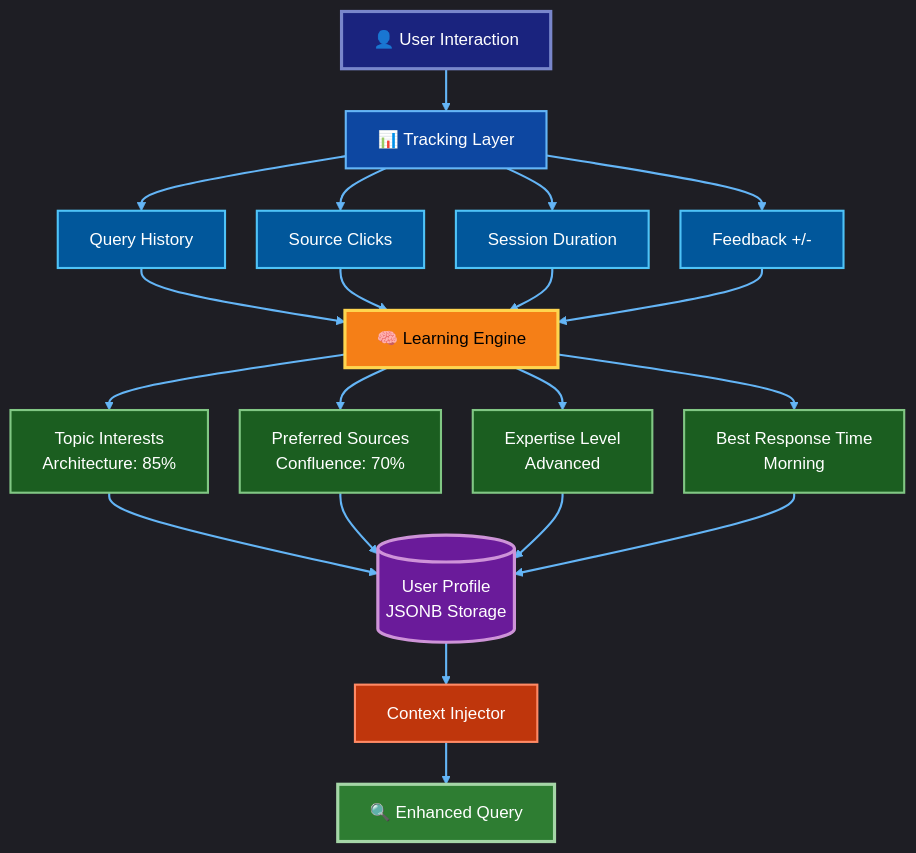
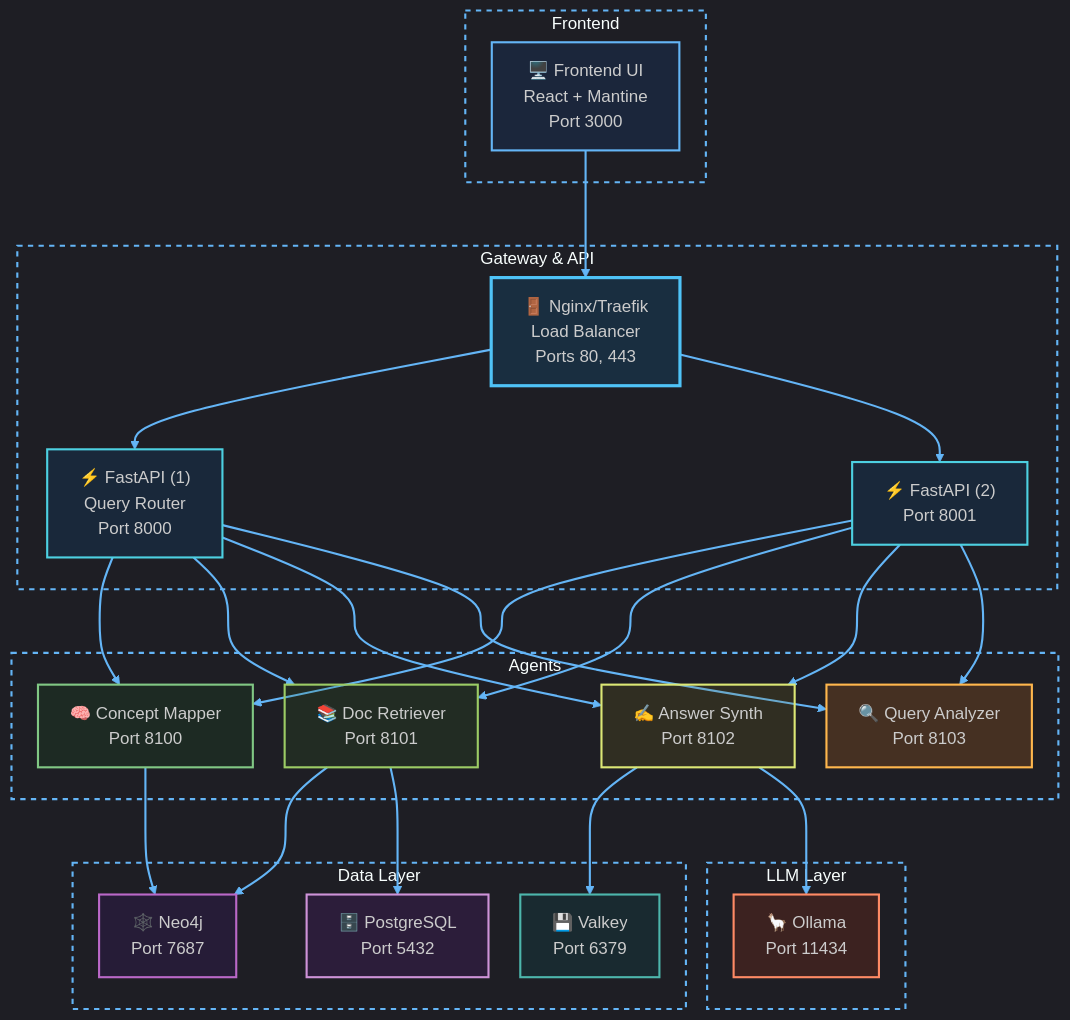
Before and after one commit to veics/rage_pitch: diagram 16 of 24 in docs/ARCHITECTURE.md, drawn with Mermaid. The commit also changed other lines of this file and 8 other files, not shown here.

````diff
--- a/docs/ARCHITECTURE.md
+++ b/docs/ARCHITECTURE.md
@@ -989,43 +887,74 @@
 ```mermaid
-%%{init: {'theme':'dark', 'flowchart': {'nodeSpacing': 30, 'rankSpacing': 40, 'curve': 'basis'}}}%%
-flowchart TD
-    USER[👤 User Interaction]
+%%{init: {'theme':'dark', 'flowchart': {'nodeSpacing': 30, 'rankSpacing': 60, 'curve': 'basis'}, 'themeVariables': {'labelBackground':'rgba(38, 50, 56, 0.1)'}}}%%
+graph TB
+    %% Title: Complete Container Architecture
     
-    TRACK[📊 Tracking Layer]
-    USER --> TRACK
+    subgraph Box1["Frontend"]
+        UI["🖥️ Frontend UI<br/>React + Mantine<br/>Port 3000"]
+    end
     
-    TRACK --> T1[Query History]
-    TRACK --> T2[Source Clicks]
-    TRACK --> T3[Session Duration]
-    TRACK --> T4[Feedback +/-]
+    subgraph Box2["Gateway & API"]
+        NGINX["🚪 Nginx/Traefik<br/>Load Balancer<br/>Ports 80, 443"]
+        API1["⚡ FastAPI (1)<br/>Query Router<br/>Port 8000"]
+        API2["⚡ FastAPI (2)<br/>Port 8001"]
+    end
     
-    T1 & T2 & T3 & T4 --> LEARN[🧠 Learning Engine]
+    subgraph Box3["Agents"]
+        CM["🧠 Concept Mapper<br/>Port 8100"]
+        DR["📚 Doc Retriever<br/>Port 8101"]
+        AS["✍️ Answer Synth<br/>Port 8102"]
+        QA["🔍 Query Analyzer<br/>Port 8103"]
+    end
     
-    LEARN --> P1[Topic Interests<br/>Architecture: 85%]
-    LEARN --> P2[Preferred Sources<br/>Confluence: 70%]
-    LEARN --> P3[Expertise Level<br/>Advanced]
-    LEARN --> P4[Best Response Time<br/>Morning]
+    subgraph Box4["Data Layer"]
+        PG["🗄️ PostgreSQL<br/>Port 5432"]
+        NEO["🕸️ Neo4j<br/>Port 7687"]
+        CACHE["💾 Valkey<br/>Port 6379"]
+    end
     
-    P1 & P2 & P3 & P4 --> PROFILE[(User Profile<br/>JSONB Storage)]
+    subgraph Box5["LLM Layer"]
+        OLLAMA["🦙 Ollama<br/>Port 11434"]
+    end
     
-    PROFILE --> CTX[Context Injector]
+    UI --> NGINX
+    NGINX --> API1
+    NGINX --> API2
     
-    CTX --> QUERY[🔍 Enhanced Query]
+    API1 --> CM
+    API1 --> DR
+    API1 --> AS
+    API1 --> QA
     
-    style USER fill:#1a237e,stroke:#7986cb,stroke-width:3px,color:#fff
-    style TRACK fill:#0d47a1,stroke:#64b5f6,stroke-width:2px,color:#fff
-    style T1 fill:#01579b,stroke:#4fc3f7,stroke-width:2px,color:#fff
-    style T2 fill:#01579b,stroke:#4fc3f7,stroke-width:2px,color:#fff
-    style T3 fill:#01579b,stroke:#4fc3f7,stroke-width:2px,color:#fff
-    style T4 fill:#01579b,stroke:#4fc3f7,stroke-width:2px,color:#fff
-    style LEARN fill:#f57f17,stroke:#ffd54f,stroke-width:3px,color:#000
-    style P1 fill:#1b5e20,stroke:#81c784,stroke-width:2px,color:#fff
-    style P2 fill:#1b5e20,stroke:#81c784,stroke-width:2px,color:#fff
-    style P3 fill:#1b5e20,stroke:#81c784,stroke-width:2px,color:#fff
-    style P4 fill:#1b5e20,stroke:#81c784,stroke-width:2px,color:#fff
-    style PROFILE fill:#6a1b9a,stroke:#ce93d8,stroke-width:3px,color:#fff
-    style CTX fill:#bf360c,stroke:#ff8a65,stroke-width:2px,color:#fff
-    style QUERY fill:#2e7d32,stroke:#a5d6a7,stroke-width:3px,color:#fff
+    API2 --> CM
+    API2 --> DR
+    API2 --> AS
+    API2 --> QA
     
+    CM --> NEO
+    DR --> NEO
+    DR --> PG
+    AS --> CACHE
+    
+    AS --> OLLAMA
+    
+    %% Styling
+    classDef titleStyle fill:#263238,fill-opacity:0.3,stroke:#64b5f6,stroke-width:2px,font-weight:bold,font-size:16px;
+    classDef boxStyle fill:none,stroke:#64b5f6,stroke-width:2px,stroke-dasharray:5 5;
+
+    class Box1,Box2,Box3,Box4,Box5 boxStyle;
+
+    style UI fill:#0d47a1,fill-opacity:0.18,stroke:#64b5f6,stroke-width:2px
+    style NGINX fill:#0277bd,fill-opacity:0.18,stroke:#4fc3f7,stroke-width:3px
+    style API1 fill:#01579b,fill-opacity:0.18,stroke:#4dd0e1,stroke-width:2px
+    style API2 fill:#01579b,fill-opacity:0.18,stroke:#4dd0e1,stroke-width:2px
+    style CM fill:#1b5e20,fill-opacity:0.18,stroke:#81c784,stroke-width:2px
+    style DR fill:#33691e,fill-opacity:0.18,stroke:#9ccc65,stroke-width:2px
+    style AS fill:#827717,fill-opacity:0.18,stroke:#dce775,stroke-width:2px
+    style QA fill:#f57f17,fill-opacity:0.18,stroke:#ffb74d,stroke-width:2px
+    style PG fill:#6a1b9a,fill-opacity:0.18,stroke:#ce93d8,stroke-width:2px
+    style NEO fill:#4a148c,fill-opacity:0.18,stroke:#ba68c8,stroke-width:2px
+    style CACHE fill:#006064,fill-opacity:0.18,stroke:#4db6ac,stroke-width:2px
+    style OLLAMA fill:#bf360c,fill-opacity:0.18,stroke:#ff8a65,stroke-width:2px
+
     linkStyle default stroke:#64b5f6,stroke-width:2px;
 ```
````
